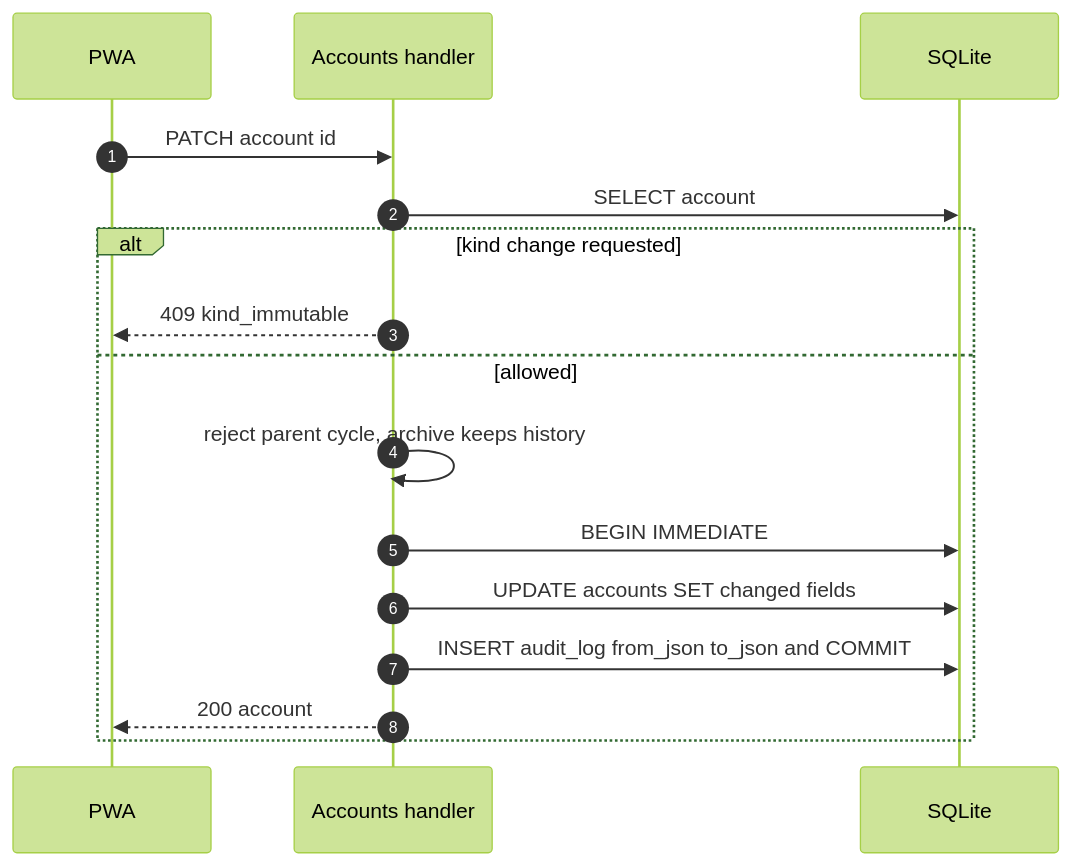
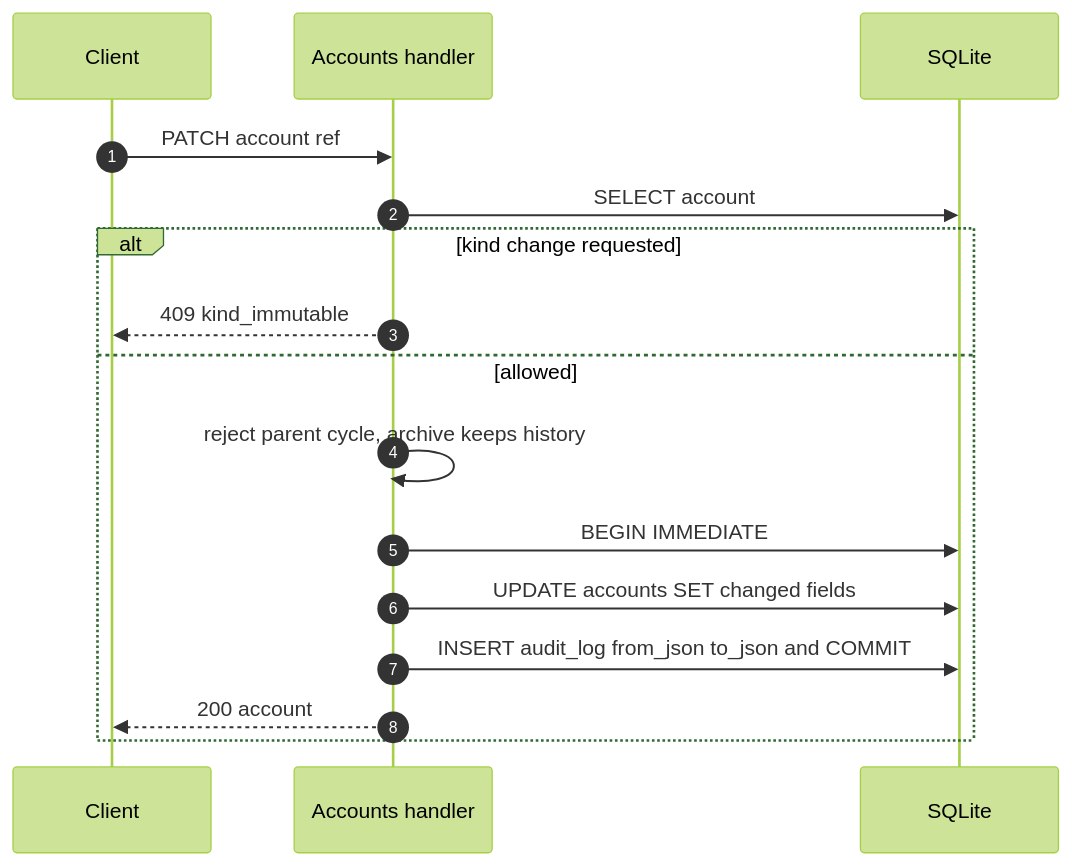
The fifth of 20 diagrams in docs/v2-api.md (dimasbaguspm/spenicle), drawn with Mermaid (forest theme) before and after one commit. The commit also changed other lines of this file and 44 other files, not shown here.

````diff
--- a/docs/v2-api.md
+++ b/docs/v2-api.md
@@ -570,18 +613,18 @@
 ```mermaid
 sequenceDiagram
     autonumber
-    participant UI as PWA
+    participant UI as Client
     participant API as Accounts handler
     participant DB as SQLite
-    UI->>API: PATCH account id
+    UI->>API: PATCH account ref
     API->>DB: SELECT account
     alt kind change requested
         API-->>UI: 409 kind_immutable
     else allowed
         API->>API: reject parent cycle, archive keeps history
         API->>DB: BEGIN IMMEDIATE
         API->>DB: UPDATE accounts SET changed fields
         API->>DB: INSERT audit_log from_json to_json and COMMIT
         API-->>UI: 200 account
     end
 ```
````
